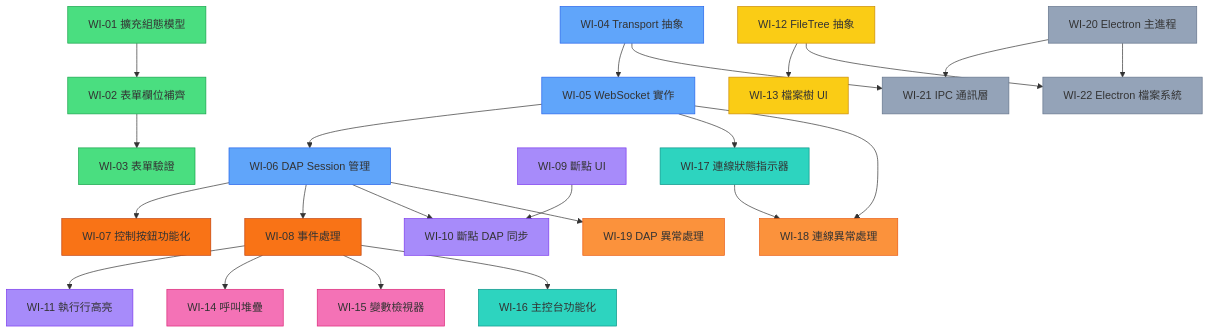
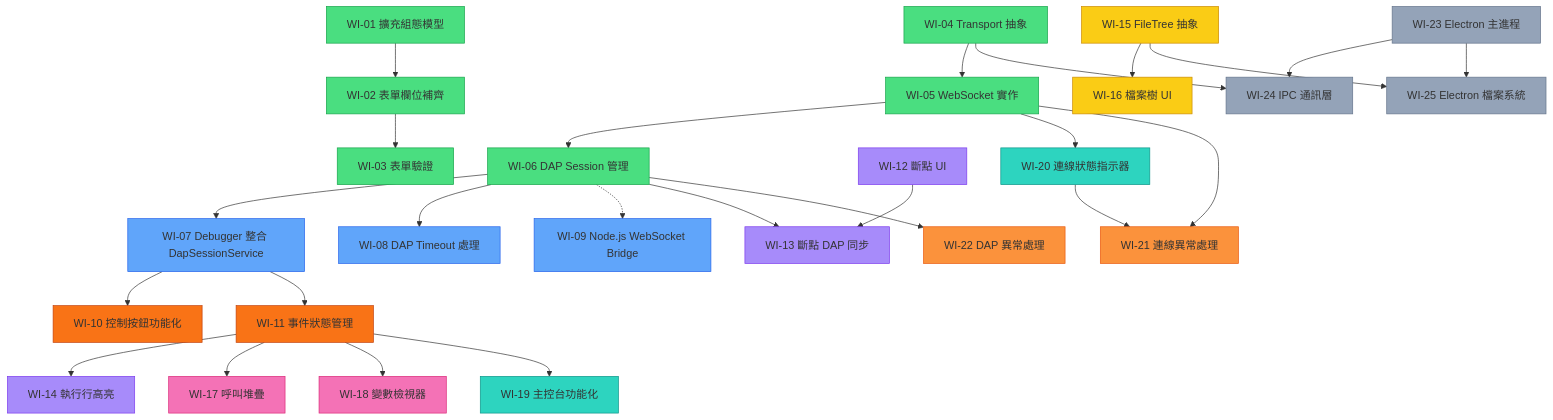
One commit to tangpo387-arch/taro-debugger changed the diagram in docs/work_items.md. Above: the diagram before and after it, drawn with Mermaid. The commit also changed other lines of this file, not shown here.

````diff
--- a/docs/work_items.md
+++ b/docs/work_items.md
@@ -285,56 +336,71 @@
 ```mermaid
 graph TD
     WI01[WI-01 擴充組態模型] --> WI02[WI-02 表單欄位補齊]
     WI02 --> WI03[WI-03 表單驗證]
     
     WI04[WI-04 Transport 抽象] --> WI05[WI-05 WebSocket 實作]
     WI05 --> WI06[WI-06 DAP Session 管理]
     
-    WI06 --> WI07[WI-07 控制按鈕功能化]
-    WI06 --> WI08[WI-08 事件處理]
+    WI06 --> WI07[WI-07 Debugger 整合 DapSessionService]
+    WI06 --> WI08[WI-08 DAP Timeout 處理]
+
+    WI06 -.-> WI09[WI-09 Node.js WebSocket Bridge]
     
-    WI09[WI-09 斷點 UI] --> WI10[WI-10 斷點 DAP 同步]
-    WI06 --> WI10
-    WI08 --> WI11[WI-11 執行行高亮]
+    WI07 --> WI10[WI-10 控制按鈕功能化]
+    WI07 --> WI11[WI-11 事件狀態管理]
     
-    WI12[WI-12 FileTree 抽象] --> WI13[WI-13 檔案樹 UI]
+    WI12[WI-12 斷點 UI] --> WI13[WI-13 斷點 DAP 同步]
+    WI06 --> WI13
+    WI11 --> WI14[WI-14 執行行高亮]
     
-    WI08 --> WI14[WI-14 呼叫堆疊]
-    WI08 --> WI15[WI-15 變數檢視器]
+    WI15[WI-15 FileTree 抽象] --> WI16[WI-16 檔案樹 UI]
     
-    WI08 --> WI16[WI-16 主控台功能化]
-    WI05 --> WI17[WI-17 連線狀態指示器]
+    WI11 --> WI17[WI-17 呼叫堆疊]
+    WI11 --> WI18[WI-18 變數檢視器]
     
-    WI05 --> WI18[WI-18 連線異常處理]
-    WI17 --> WI18
-    WI06 --> WI19[WI-19 DAP 異常處理]
+    WI11 --> WI19[WI-19 主控台功能化]
+    WI05 --> WI20[WI-20 連線狀態指示器]
     
-    WI20[WI-20 Electron 主進程] --> WI21[WI-21 IPC 通訊層]
-    WI04 --> WI21
-    WI20 --> WI22[WI-22 Electron 檔案系統]
-    WI12 --> WI22
+    WI05 --> WI21[WI-21 連線異常處理]
+    WI20 --> WI21
+    WI06 --> WI22[WI-22 DAP 異常處理]
+    
+    WI23[WI-23 Electron 主進程] --> WI24[WI-24 IPC 通訊層]
+    WI04 --> WI24
+    WI23 --> WI25[WI-25 Electron 檔案系統]
+    WI15 --> WI25
 
     style WI01 fill:#4ade80,stroke:#16a34a
     style WI02 fill:#4ade80,stroke:#16a34a
     style WI03 fill:#4ade80,stroke:#16a34a
+    style WI04 fill:#4ade80,stroke:#16a34a
+    style WI05 fill:#4ade80,stroke:#16a34a
+    style WI06 fill:#4ade80,stroke:#16a34a
 
-    style WI04 fill:#60a5fa,stroke:#2563eb
-    style WI05 fill:#60a5fa,stroke:#2563eb
-    style WI06 fill:#60a5fa,stroke:#2563eb
-    style WI07 fill:#f97316,stroke:#c2410c
-    style WI08 fill:#f97316,stroke:#c2410c
-    style WI09 fill:#a78bfa,stroke:#7c3aed
-    style WI10 fill:#a78bfa,stroke:#7c3aed
-    style WI11 fill:#a78bfa,stroke:#7c3aed
-    style WI12 fill:#facc15,stroke:#ca8a04
-    style WI13 fill:#facc15,stroke:#ca8a04
-    style WI14 fill:#f472b6,stroke:#db2777
-    style WI15 fill:#f472b6,stroke:#db2777
-    style WI16 fill:#2dd4bf,stroke:#0d9488
-    style WI17 fill:#2dd4bf,stroke:#0d9488
-    style WI18 fill:#fb923c,stroke:#ea580c
-    style WI19 fill:#fb923c,stroke:#ea580c
-    style WI20 fill:#94a3b8,stroke:#64748b
-    style WI21 fill:#94a3b8,stroke:#64748b
-    style WI22 fill:#94a3b8,stroke:#64748b
+    style WI07 fill:#60a5fa,stroke:#2563eb
+    style WI08 fill:#60a5fa,stroke:#2563eb
+    style WI09 fill:#60a5fa,stroke:#2563eb
+
+    style WI10 fill:#f97316,stroke:#c2410c
+    style WI11 fill:#f97316,stroke:#c2410c
+
+    style WI12 fill:#a78bfa,stroke:#7c3aed
+    style WI13 fill:#a78bfa,stroke:#7c3aed
+    style WI14 fill:#a78bfa,stroke:#7c3aed
+
+    style WI15 fill:#facc15,stroke:#ca8a04
+    style WI16 fill:#facc15,stroke:#ca8a04
+
+    style WI17 fill:#f472b6,stroke:#db2777
+    style WI18 fill:#f472b6,stroke:#db2777
+
+    style WI19 fill:#2dd4bf,stroke:#0d9488
+    style WI20 fill:#2dd4bf,stroke:#0d9488
+
+    style WI21 fill:#fb923c,stroke:#ea580c
+    style WI22 fill:#fb923c,stroke:#ea580c
+
+    style WI23 fill:#94a3b8,stroke:#64748b
+    style WI24 fill:#94a3b8,stroke:#64748b
+    style WI25 fill:#94a3b8,stroke:#64748b
 ```
````
